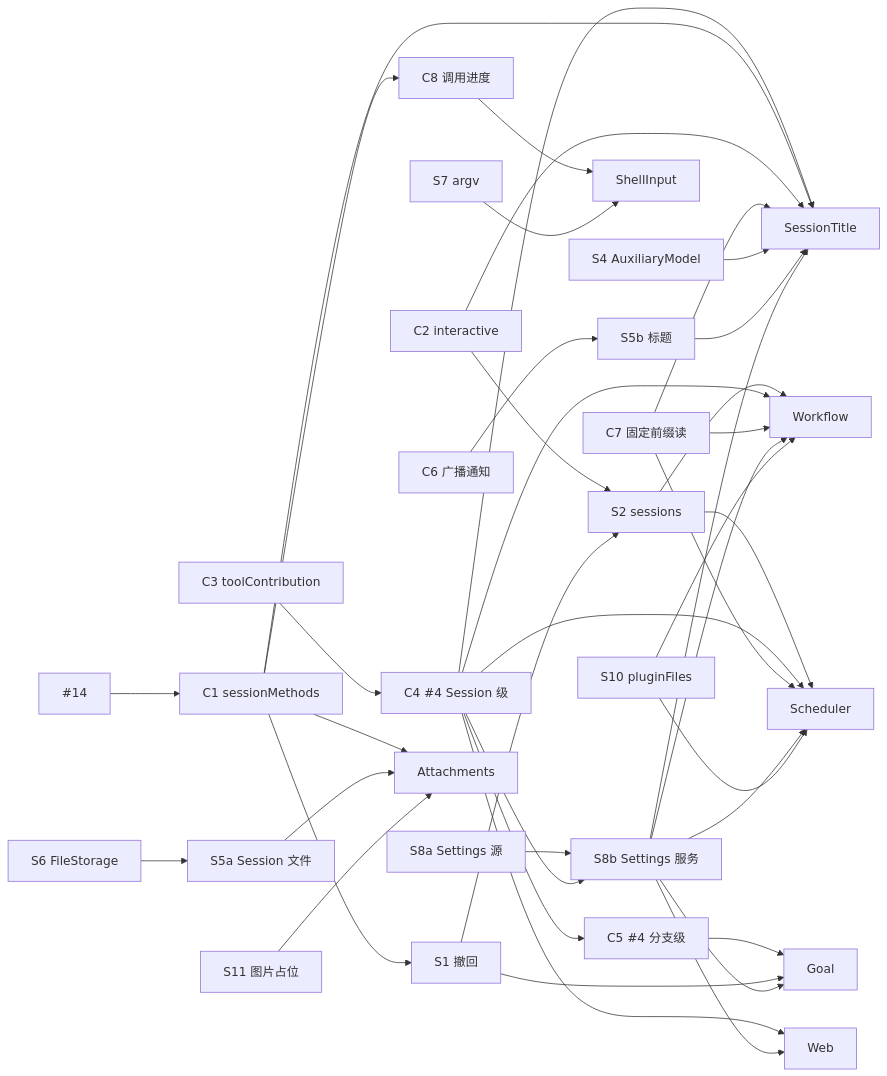
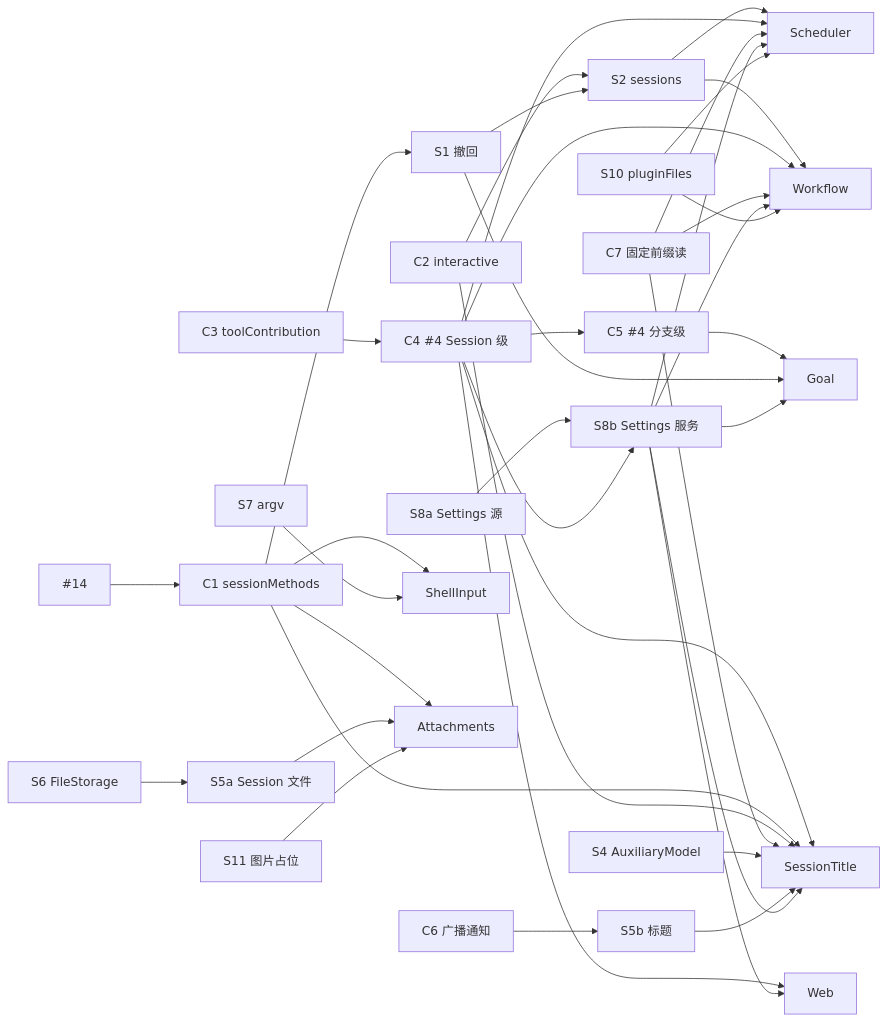
One commit to CoutinhoTTS/dim-agent changed the diagram in docs/design/roadmap.md. Above: the diagram before and after it, drawn with Mermaid. The commit also changed other lines of this file, not shown here.

First line of the commit message:
docs(roadmap): include per-call progress for Session methods in C1

````diff
--- a/docs/design/roadmap.md
+++ b/docs/design/roadmap.md
@@ -156,40 +155,40 @@
 ```mermaid
 flowchart LR
   PR14["#14"] --> C1["C1 sessionMethods"]
   C3["C3 toolContribution"] --> C4["C4 #4 Session 级"] --> C5["C5 #4 分支级"]
   C1 --> S1["S1 撤回"]
   C2["C2 interactive"] --> S2["S2 sessions"]
   S1 --> S2
   C6["C6 广播通知"] --> S5b["S5b 标题"]
   S6["S6 FileStorage"] --> S5a["S5a Session 文件"]
 
-  C1 --> C8["C8 调用进度"] --> SH["ShellInput"]
+  C1 --> SH["ShellInput"]
   S7["S7 argv"] --> SH
   C1 --> AT["Attachments"]
   S5a --> AT
   S11["S11 图片占位"] --> AT
   C4 --> WEB["Web"]
   S8a["S8a Settings 源"] --> S8b["S8b Settings 服务"]
   C4 --> S8b
   S8b --> WEB
   C4 --> ST["SessionTitle"]
   C1 --> ST
   C2 --> ST
   C7["C7 固定前缀读"] --> ST
   S4["S4 AuxiliaryModel"] --> ST
   S5b --> ST
   S8b --> ST
   C5 --> GO["Goal"]
   S1 --> GO
   S8b --> GO
   S2 --> SC["Scheduler"]
   S2 --> WF["Workflow"]
   C4 --> SC
   C4 --> WF
   C7 --> SC
   C7 --> WF
   S8b --> SC
   S8b --> WF
   S10["S10 pluginFiles"] --> SC
   S10 --> WF
 ```
````
